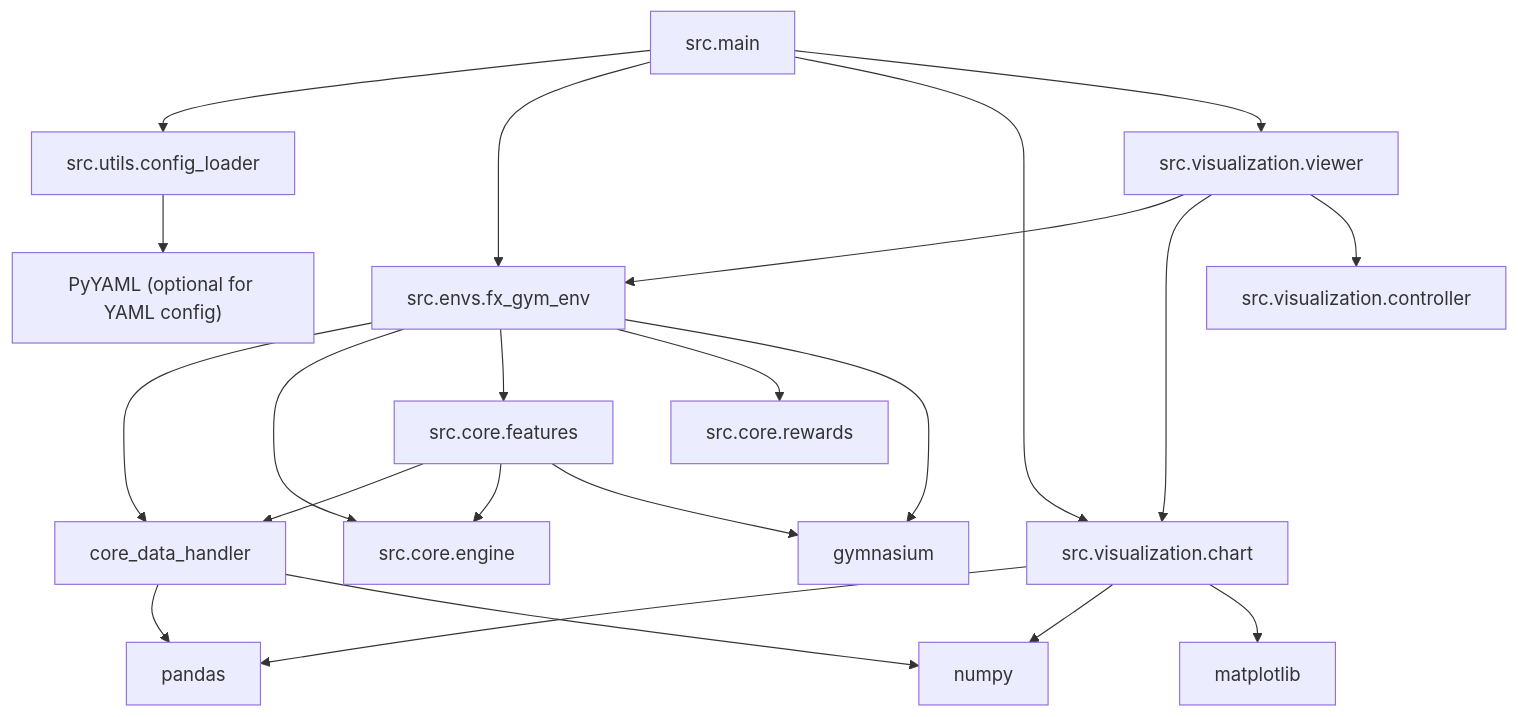
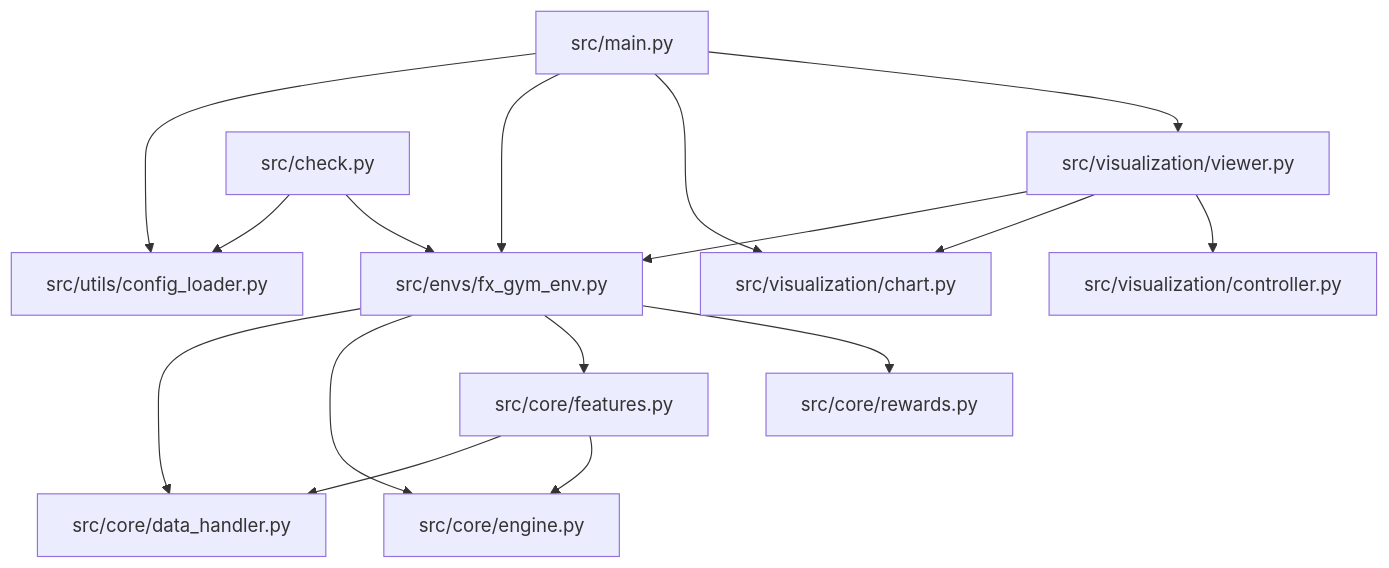
Before and after one commit to koretty/fx-trading-env: the diagram in docs/dependency.md, drawn with Mermaid. The commit also changed other lines of this file and 5 other files, not shown here.

````diff
--- a/docs/dependency.md
+++ b/docs/dependency.md
@@ -5,35 +7,22 @@
 ```mermaid
 graph TD
-    main["src.main"] --> config_loader["src.utils.config_loader"]
-    main --> env_fx["src.envs.fx_gym_env"]
-    main --> visualization_chart["src.visualization.chart"]
-    main --> visualization_viewer["src.visualization.viewer"]
+    main["src/main.py"] --> config_loader["src/utils/config_loader.py"]
+    main --> env_fx["src/envs/fx_gym_env.py"]
+    main --> chart["src/visualization/chart.py"]
+    main --> viewer["src/visualization/viewer.py"]
 
-    env_fx --> core_data_handler
-    env_fx --> core_engine["src.core.engine"]
-    env_fx --> core_features["src.core.features"]
-    env_fx --> core_rewards["src.core.rewards"]
+    check["src/check.py"] --> config_loader
+    check --> env_fx
 
-    core_features --> core_data_handler
-    core_features --> core_engine
+    env_fx --> data_handler["src/core/data_handler.py"]
+    env_fx --> engine["src/core/engine.py"]
+    env_fx --> features["src/core/features.py"]
+    env_fx --> rewards["src/core/rewards.py"]
 
-    visualization_viewer --> env_fx
-    visualization_viewer --> visualization_chart
-    visualization_viewer --> visualization_controller["src.visualization.controller"]
+    features --> data_handler
+    features --> engine
 
-    %% 補足: 外部ライブラリ
-    gymnasium["gymnasium"]
-    pandas["pandas"]
-    matplotlib["matplotlib"]
-    numpy["numpy"]
-    pyyaml["PyYAML (optional for YAML config)"]
-
-    env_fx --> gymnasium
-    core_features --> gymnasium
-    core_data_handler --> pandas
-    core_data_handler --> numpy
-    config_loader --> pyyaml
-    visualization_chart --> pandas
-    visualization_chart --> numpy
-    visualization_chart --> matplotlib
+    viewer --> env_fx
+    viewer --> chart
+    viewer --> controller["src/visualization/controller.py"]
 ```
````
